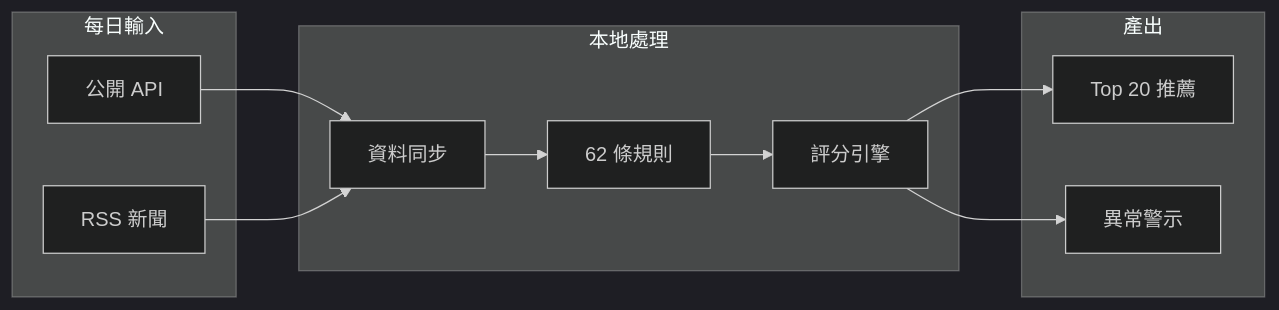
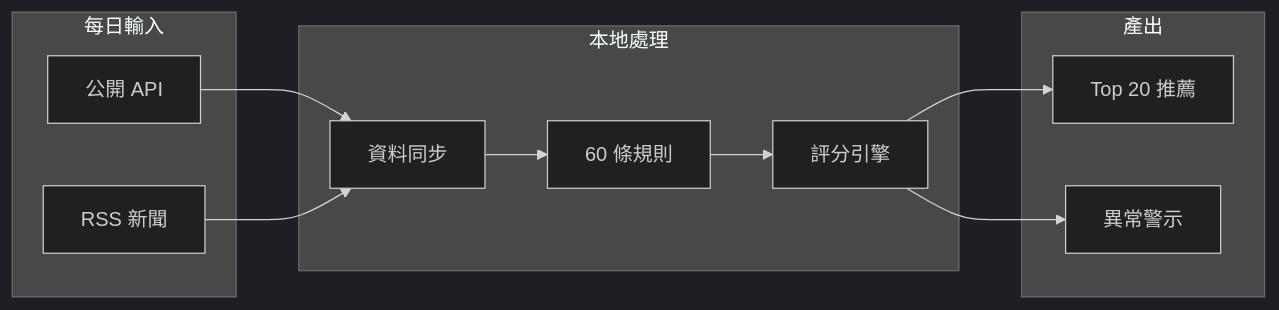
The diagram in CLAUDE.md (Neal75418/afterclose), drawn with Mermaid before and after one commit. The commit also changed other lines of this file and 1 other file, not shown here.

````diff
--- a/CLAUDE.md
+++ b/CLAUDE.md
@@ -11,24 +11,24 @@
 ```mermaid
 %%{init: {'theme': 'dark'}}%%
 flowchart LR
     subgraph Input["每日輸入"]
         API["公開 API"]
         RSS["RSS 新聞"]
     end
 
     subgraph Process["本地處理"]
         Sync["資料同步"]
-        Rules["62 條規則"]
+        Rules["60 條規則"]
         Score["評分引擎"]
     end
 
     subgraph Output["產出"]
         Top20["Top 20 推薦"]
         Alert["異常警示"]
     end
 
     API --> Sync
     RSS --> Sync
     Sync --> Rules --> Score --> Top20
     Score --> Alert
 ```
````
